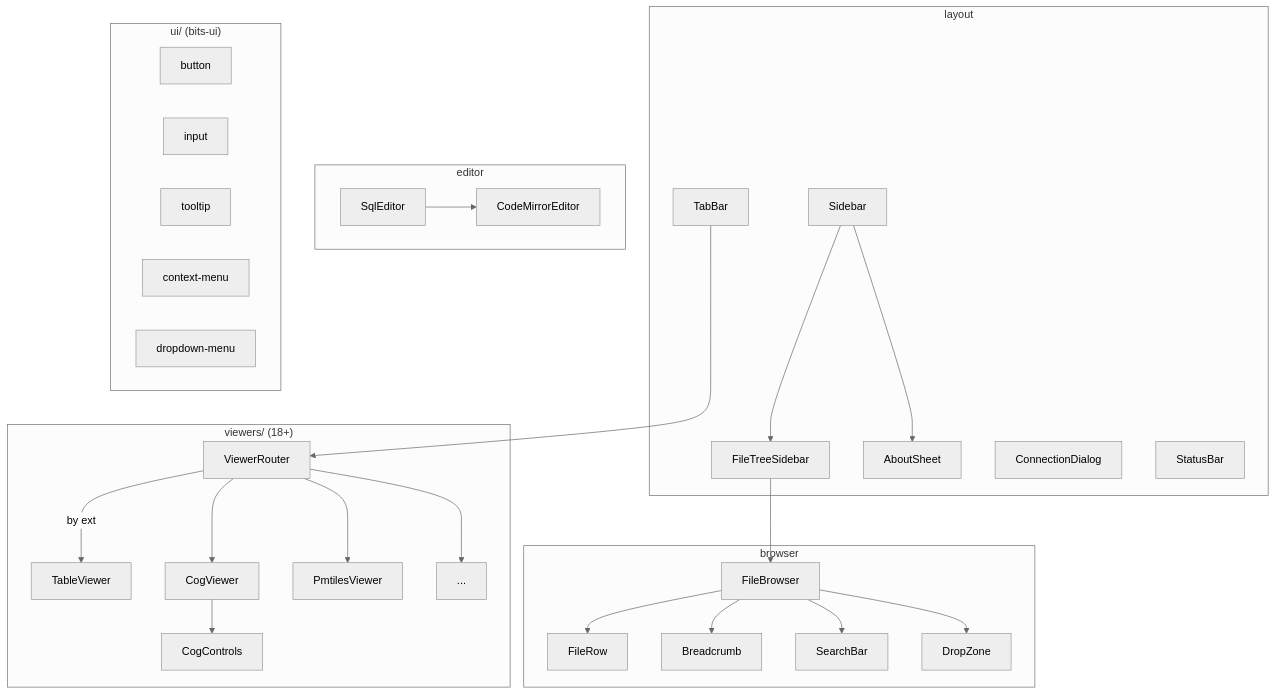
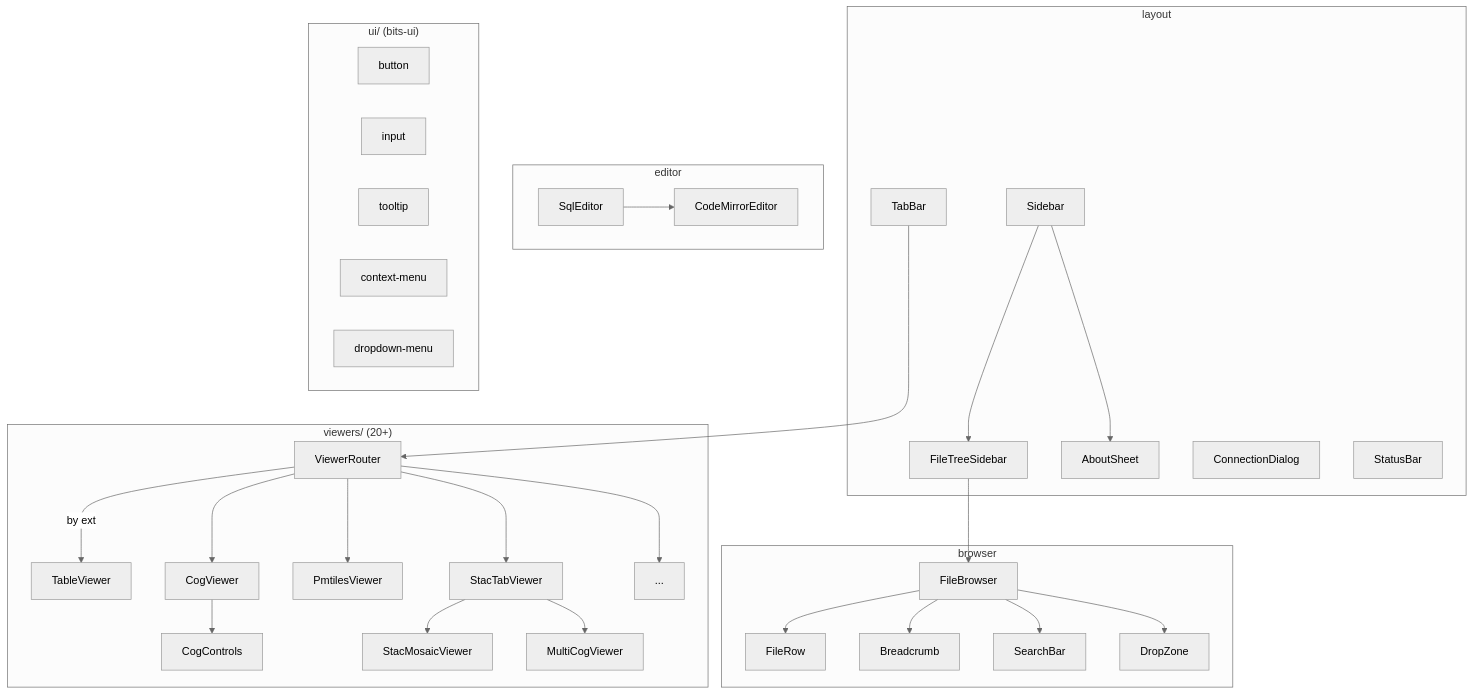
Before and after one commit to walkthru-earth/objex: the diagram in src/lib/components/CLAUDE.md, drawn with Mermaid (neutral theme). The commit also changed other lines of this file and 1 other file, not shown here.

````diff
--- a/src/lib/components/CLAUDE.md
+++ b/src/lib/components/CLAUDE.md
@@ -5,30 +5,32 @@
 ```mermaid
 graph TD
     subgraph layout
         SB[Sidebar] --> FTS[FileTreeSidebar]
         SB --> AS[AboutSheet]
         TB[TabBar]
         CD[ConnectionDialog]
         STB[StatusBar]
     end
     subgraph browser
         FTS --> FB[FileBrowser]
         FB --> FR[FileRow]
         FB --> BC[Breadcrumb]
         FB --> SBar[SearchBar]
         FB --> DZ[DropZone]
     end
-    subgraph viewers["viewers/ (18+)"]
+    subgraph viewers["viewers/ (20+)"]
         VR[ViewerRouter] -->|by ext| TV[TableViewer]
         VR --> CV[CogViewer] --> CC[CogControls]
         VR --> PV[PmtilesViewer]
+        VR --> STV[StacTabViewer] --> SMV[StacMosaicViewer]
+        STV --> MCV[MultiCogViewer]
         VR --> MORE[...]
     end
     subgraph editor
         SQL[SqlEditor] --> CM[CodeMirrorEditor]
     end
     subgraph ui["ui/ (bits-ui)"]
         BTN[button] & INP[input] & TT[tooltip] & CTX[context-menu] & DD[dropdown-menu]
     end
     TB --> VR
 ```
````
